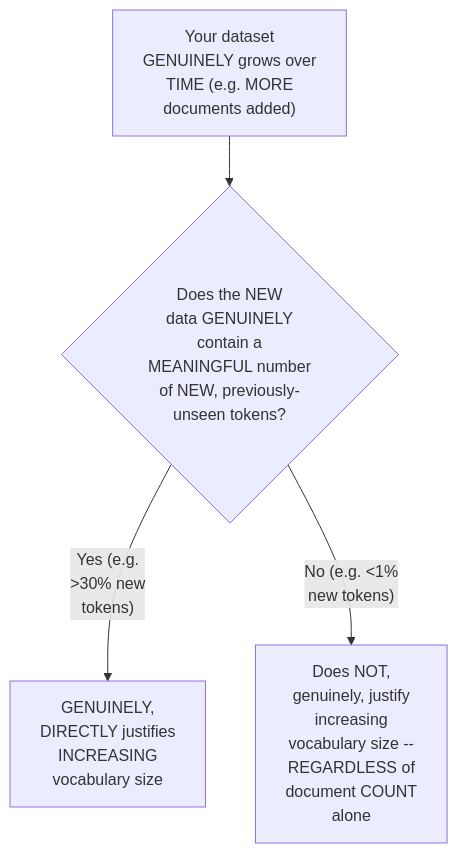
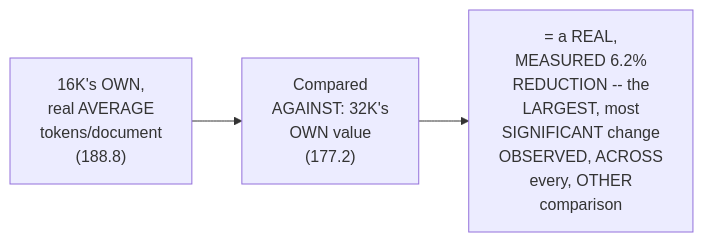
The seventh of 27 diagrams in LLM Production AI Engineering/1. AI Foundations/2. Tokenization/4. Resolving the Vocabulary-Size Conflict.md (sanjeevpalla/Notes), drawn with Mermaid before and after one commit. The commit also changed other lines of this file and 7 other files, not shown here.

````diff
--- a/LLM Production AI Engineering/1. AI Foundations/2. Tokenization/4. Resolving the Vocabulary-Size Conflict.md
+++ b/LLM Production AI Engineering/1. AI Foundations/2. Tokenization/4. Resolving the Vocabulary-Size Conflict.md
@@ -226,6 +178,5 @@
 ```mermaid
-flowchart TD
-    A["Your dataset<br/>GENUINELY grows over<br/>TIME (e.g. MORE<br/>documents added)"] --> B{"Does the NEW<br/>data GENUINELY<br/>contain a<br/>MEANINGFUL number<br/>of NEW, previously-<br/>unseen tokens?"}
-    B -->|"Yes (e.g.<br/>>30% new<br/>tokens)"| C["GENUINELY,<br/>DIRECTLY justifies<br/>INCREASING<br/>vocabulary size"]
-    B -->|"No (e.g. <1%<br/>new tokens)"| D["Does NOT,<br/>genuinely, justify<br/>increasing<br/>vocabulary size --<br/>REGARDLESS of<br/>document COUNT<br/>alone"]
+flowchart LR
+    A["16K's OWN,<br/>real AVERAGE<br/>tokens/document<br/>(188.8)"] --> B["Compared<br/>AGAINST: 32K's<br/>OWN value<br/>(177.2)"]
+    B --> C["= a REAL,<br/>MEASURED 6.2%<br/>REDUCTION -- the<br/>LARGEST, most<br/>SIGNIFICANT change<br/>OBSERVED, ACROSS<br/>every, OTHER<br/>comparison"]
 ```
````
